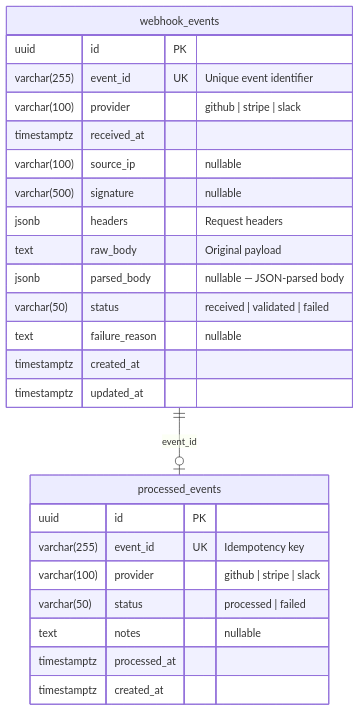
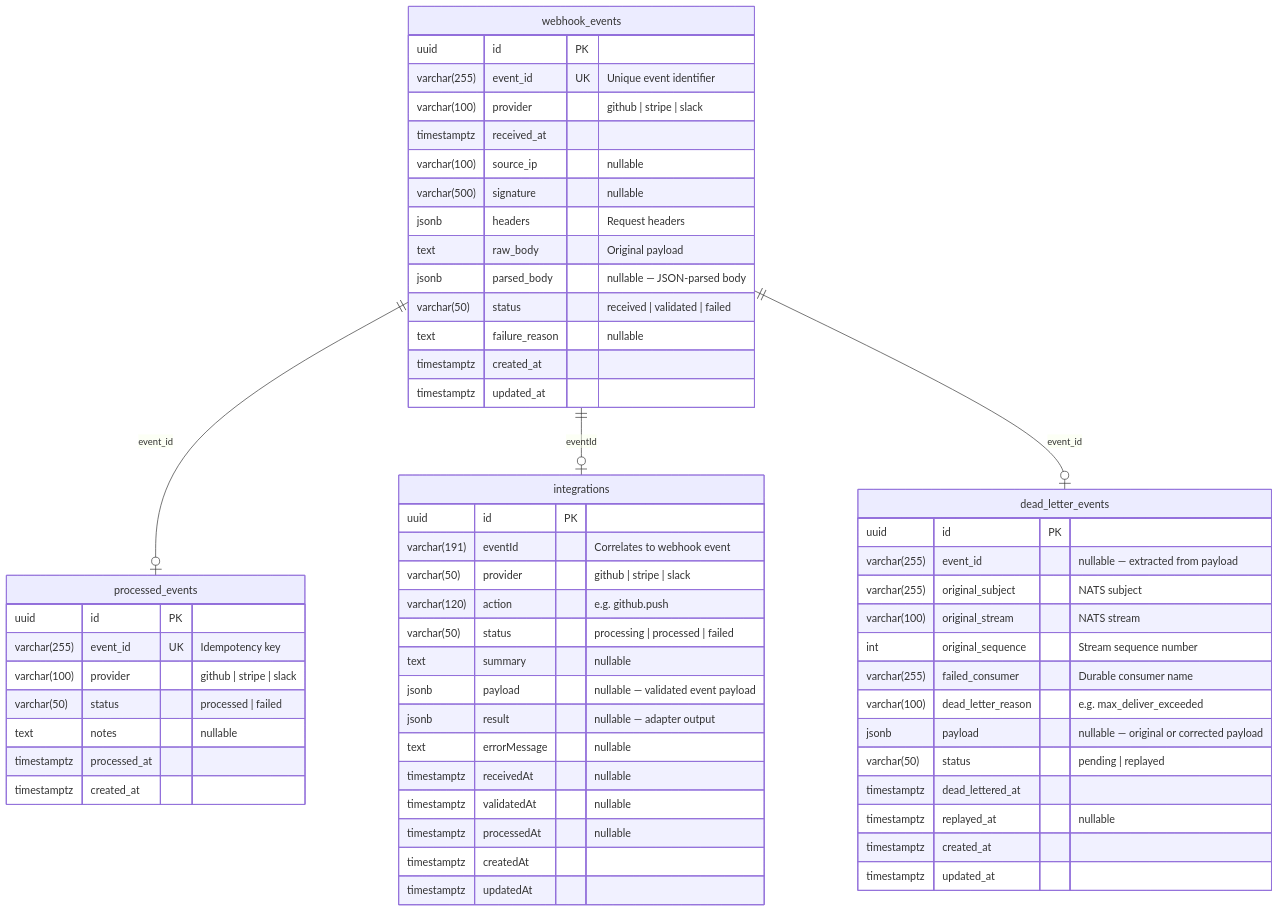
Before and after one commit to SeunAkindele/integration-platform: the diagram in README.md, drawn with Mermaid. The commit also changed other lines of this file, not shown here.

Commit message:
chore: Update README file to reflect the project progress and status

````diff
--- a/README.md
+++ b/README.md
@@ -209,30 +273,65 @@
 ```mermaid
 erDiagram
     webhook_events {
         uuid id PK
         varchar(255) event_id UK "Unique event identifier"
         varchar(100) provider "github | stripe | slack"
         timestamptz received_at
         varchar(100) source_ip "nullable"
         varchar(500) signature "nullable"
         jsonb headers "Request headers"
         text raw_body "Original payload"
         jsonb parsed_body "nullable — JSON-parsed body"
         varchar(50) status "received | validated | failed"
         text failure_reason "nullable"
         timestamptz created_at
         timestamptz updated_at
     }
 
     processed_events {
         uuid id PK
         varchar(255) event_id UK "Idempotency key"
         varchar(100) provider "github | stripe | slack"
         varchar(50) status "processed | failed"
         text notes "nullable"
         timestamptz processed_at
         timestamptz created_at
     }
 
+    integrations {
+        uuid id PK
+        varchar(191) eventId "Correlates to webhook event"
+        varchar(50) provider "github | stripe | slack"
+        varchar(120) action "e.g. github.push"
+        varchar(50) status "processing | processed | failed"
+        text summary "nullable"
+        jsonb payload "nullable — validated event payload"
+        jsonb result "nullable — adapter output"
+        text errorMessage "nullable"
+        timestamptz receivedAt "nullable"
+        timestamptz validatedAt "nullable"
+        timestamptz processedAt "nullable"
+        timestamptz createdAt
+        timestamptz updatedAt
+    }
+
+    dead_letter_events {
+        uuid id PK
+        varchar(255) event_id "nullable — extracted from payload"
+        varchar(255) original_subject "NATS subject"
+        varchar(100) original_stream "NATS stream"
+        int original_sequence "Stream sequence number"
+        varchar(255) failed_consumer "Durable consumer name"
+        varchar(100) dead_letter_reason "e.g. max_deliver_exceeded"
+        jsonb payload "nullable — original or corrected payload"
+        varchar(50) status "pending | replayed"
+        timestamptz dead_lettered_at
+        timestamptz replayed_at "nullable"
+        timestamptz created_at
+        timestamptz updated_at
+    }
+
     webhook_events ||--o| processed_events : "event_id"
+    webhook_events ||--o| integrations : "eventId"
+    webhook_events ||--o| dead_letter_events : "event_id"
 ```
````
